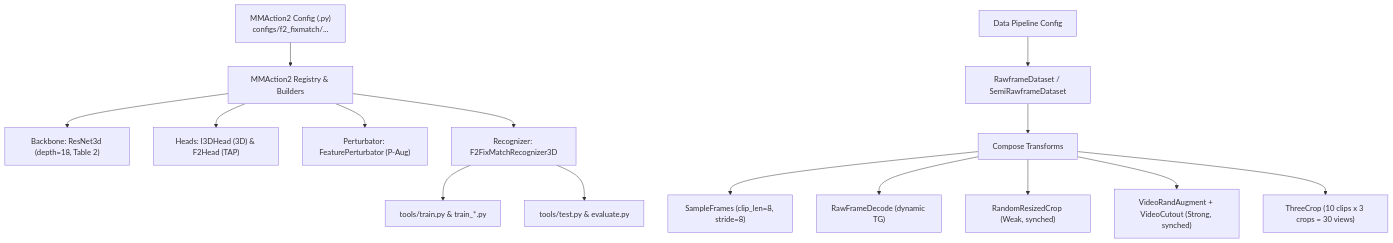
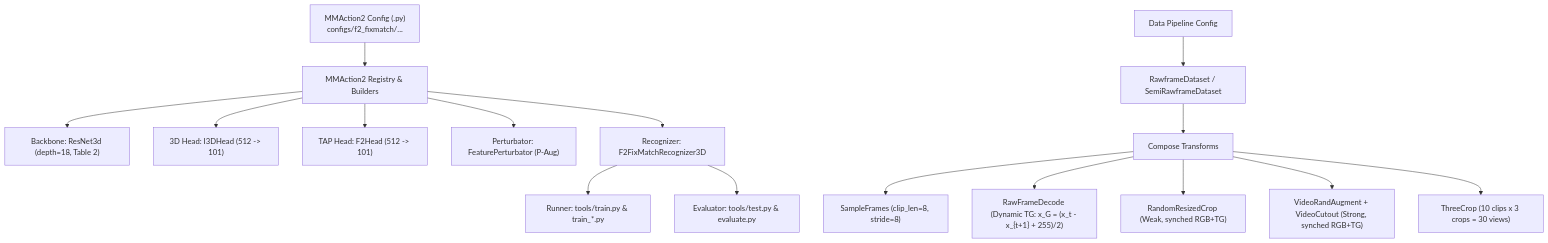
The first of 2 diagrams in METHODOLOGY.md (MankiratSingh-git/P24-CV), drawn with Mermaid before and after one commit. The commit also changed other lines of this file, not shown here.

Commit message:
docs: complete rewrite of technical methodology with MMAction2 architecture and 2-column hyperparameter table

````diff
--- a/METHODOLOGY.md
+++ b/METHODOLOGY.md
@@ -339,19 +21,20 @@
 ```mermaid
 flowchart TD
     Config["MMAction2 Config (.py)<br/>configs/f2_fixmatch/..."] --> Builder["MMAction2 Registry & Builders"]
     Builder --> Backbone["Backbone: ResNet3d (depth=18, Table 2)"]
-    Builder --> Heads["Heads: I3DHead (3D) & F2Head (TAP)"]
-    Builder --> Perturbator["Perturbator: FeaturePerturbator (P-Aug)"]
+    Builder --> Head3D["3D Head: I3DHead (512 -> 101)"]
+    Builder --> HeadTAP["TAP Head: F2Head (512 -> 101)"]
+    Builder --> Perturb["Perturbator: FeaturePerturbator (P-Aug)"]
     Builder --> Recognizer["Recognizer: F2FixMatchRecognizer3D"]
-    
+
     DataConfig["Data Pipeline Config"] --> Dataset["RawframeDataset / SemiRawframeDataset"]
     Dataset --> Compose["Compose Transforms"]
     Compose --> Sampler["SampleFrames (clip_len=8, stride=8)"]
-    Compose --> Decoder["RawFrameDecode (dynamic TG)"]
-    Compose --> Spatial["RandomResizedCrop (Weak, synched)"]
-    Compose --> RandAug["VideoRandAugment + VideoCutout (Strong, synched)"]
-    Compose --> EvalCrop["ThreeCrop (10 clips x 3 crops = 30 views)"]
+    Compose --> Decoder["RawFrameDecode (Dynamic TG: x_G = (x_t - x_{t+1} + 255)/2)"]
+    Compose --> WeakCrop["RandomResizedCrop (Weak, synched RGB+TG)"]
+    Compose --> StrongAug["VideoRandAugment + VideoCutout (Strong, synched RGB+TG)"]
+    Compose --> MultiCrop["ThreeCrop (10 clips x 3 crops = 30 views)"]
 
-    Recognizer --> TrainRunner["tools/train.py & train_*.py"]
-    Recognizer --> TestRunner["tools/test.py & evaluate.py"]
+    Recognizer --> TrainRunner["Runner: tools/train.py & train_*.py"]
+    Recognizer --> TestRunner["Evaluator: tools/test.py & evaluate.py"]
 ```
````
